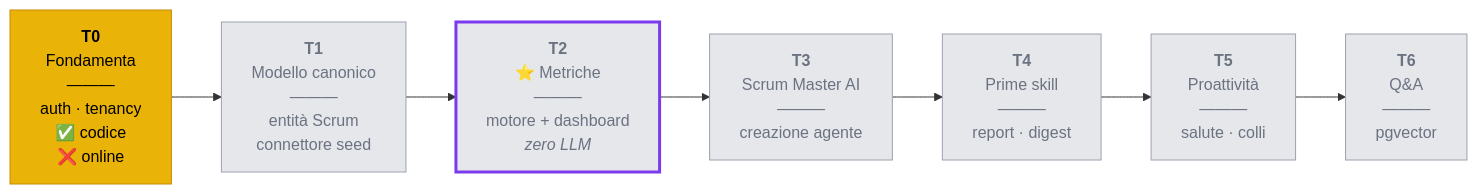
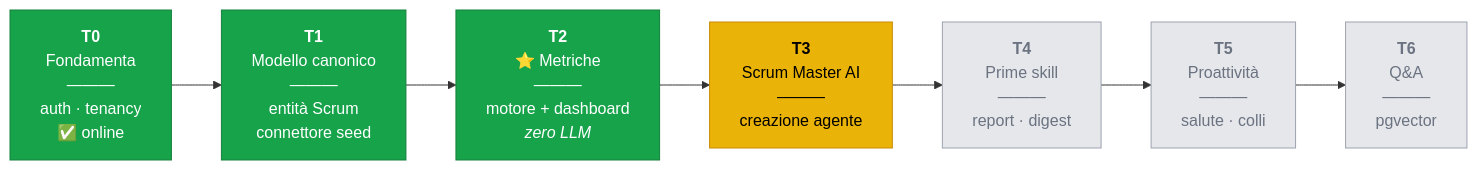
One commit to dibari62/scrum-master-ai changed the second of 3 diagrams in docs/stato-progetto.md. Above: the diagram before and after it, drawn with Mermaid. The commit also changed other lines of this file and 3 other files, not shown here.

````diff
--- a/docs/stato-progetto.md
+++ b/docs/stato-progetto.md
@@ -65,20 +65,20 @@
 ```mermaid
 graph LR
-    T0["<b>T0</b><br/>Fondamenta<br/>———<br/>auth · tenancy<br/>✅ codice<br/>❌ online"]
+    T0["<b>T0</b><br/>Fondamenta<br/>———<br/>auth · tenancy<br/>✅ online"]
     T1["<b>T1</b><br/>Modello canonico<br/>———<br/>entità Scrum<br/>connettore seed"]
     T2["<b>T2</b><br/>⭐ Metriche<br/>———<br/>motore + dashboard<br/><i>zero LLM</i>"]
     T3["<b>T3</b><br/>Scrum Master AI<br/>———<br/>creazione agente"]
     T4["<b>T4</b><br/>Prime skill<br/>———<br/>report · digest"]
     T5["<b>T5</b><br/>Proattività<br/>———<br/>salute · colli"]
     T6["<b>T6</b><br/>Q&A<br/>———<br/>pgvector"]
 
     T0 --> T1 --> T2 --> T3 --> T4 --> T5 --> T6
 
-    classDef quasi fill:#eab308,stroke:#ca8a04,color:#000
-    classDef stella fill:#e5e7eb,stroke:#7c3aed,color:#6b7280,stroke-width:3px
+    classDef fatto fill:#16a34a,stroke:#15803d,color:#fff
+    classDef prossimo fill:#eab308,stroke:#ca8a04,color:#000
     classDef todo fill:#e5e7eb,stroke:#9ca3af,color:#6b7280
 
-    class T0 quasi
-    class T2 stella
-    class T1,T3,T4,T5,T6 todo
+    class T0,T1,T2 fatto
+    class T3 prossimo
+    class T4,T5,T6 todo
 ```
````
